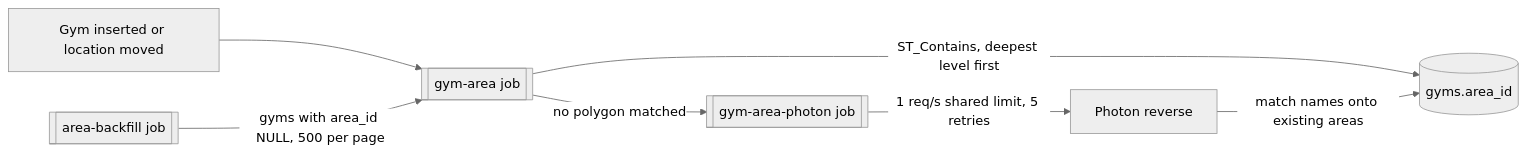
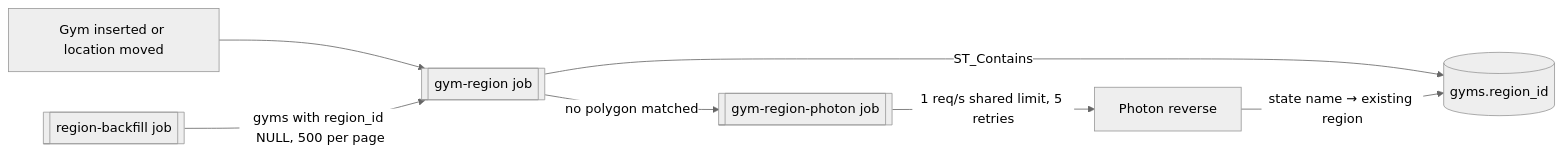
One commit to AbsentLung/GymFinder changed the diagram in LOCATION_NAMES.md. Above: the diagram before and after it, drawn with Mermaid (neutral theme). The commit also changed other lines of this file and 6 other files, not shown here.

First line of the commit message:
Docs for regions only; trim stray whitespace in region names

````diff
--- a/LOCATION_NAMES.md
+++ b/LOCATION_NAMES.md
@@ -73,9 +66,9 @@
 ```mermaid
 flowchart LR
-  W[Gym inserted or location moved] --> J1[[gym-area job]]
-  J1 -->|ST_Contains, deepest level first| A[(gyms.area_id)]
-  J1 -->|no polygon matched| J2[[gym-area-photon job]]
+  W[Gym inserted or location moved] --> J1[[gym-region job]]
+  J1 -->|ST_Contains| R[(gyms.region_id)]
+  J1 -->|no polygon matched| J2[[gym-region-photon job]]
   J2 -->|1 req/s shared limit, 5 retries| P[Photon reverse]
-  P -->|match names onto existing areas| A
-  B[[area-backfill job]] -->|gyms with area_id NULL, 500 per page| J1
+  P -->|state name → existing region| R
+  B[[region-backfill job]] -->|gyms with region_id NULL, 500 per page| J1
 ```
````
